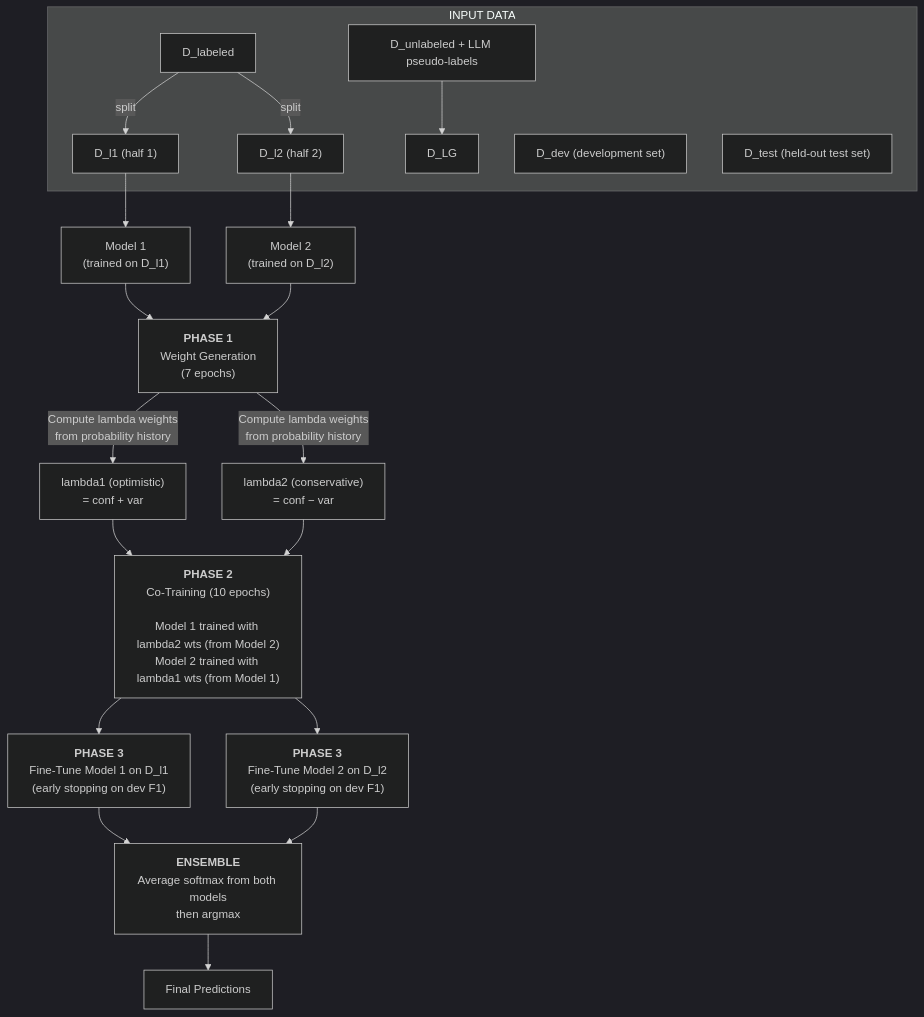
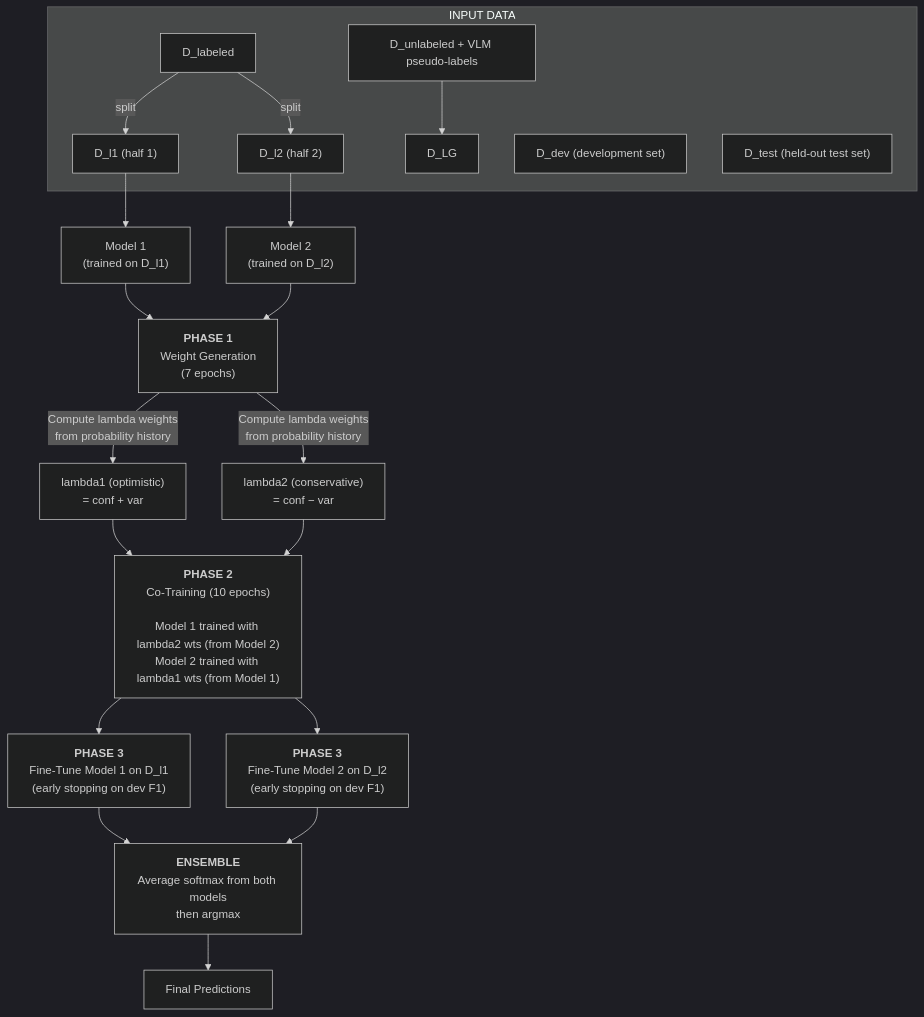
One commit to anhtranst/cotrain_crisisMMD changed the diagram in README.md. Above: the diagram before and after it, drawn with Mermaid (dark theme). The commit also changed other lines of this file, not shown here.

````diff
--- a/README.md
+++ b/README.md
@@ -56,30 +56,30 @@
 ```mermaid
 graph TD
     subgraph INPUT["INPUT DATA"]
         DL["D_labeled"] -->|split| DL1["D_l1 (half 1)"]
         DL -->|split| DL2["D_l2 (half 2)"]
-        DU["D_unlabeled + LLM pseudo-labels"] --> DLG["D_LG"]
+        DU["D_unlabeled + VLM pseudo-labels"] --> DLG["D_LG"]
         DDEV["D_dev (development set)"]
         DTEST["D_test (held-out test set)"]
     end
 
     DL1 --> M1["Model 1<br/>(trained on D_l1)"]
     DL2 --> M2["Model 2<br/>(trained on D_l2)"]
 
     M1 --> P1["<b>PHASE 1</b><br/>Weight Generation<br/>(7 epochs)"]
     M2 --> P1
 
     P1 -->|"Compute lambda weights<br/>from probability history"| L1["lambda1 (optimistic)<br/>= conf + var"]
     P1 -->|"Compute lambda weights<br/>from probability history"| L2["lambda2 (conservative)<br/>= conf − var"]
 
     L1 --> P2["<b>PHASE 2</b><br/>Co-Training (10 epochs)<br/><br/>Model 1 trained with lambda2 wts (from Model 2)<br/>Model 2 trained with lambda1 wts (from Model 1)"]
     L2 --> P2
 
     P2 --> P3A["<b>PHASE 3</b><br/>Fine-Tune Model 1 on D_l1<br/>(early stopping on dev F1)"]
     P2 --> P3B["<b>PHASE 3</b><br/>Fine-Tune Model 2 on D_l2<br/>(early stopping on dev F1)"]
 
     P3A --> ENS["<b>ENSEMBLE</b><br/>Average softmax from both models<br/>then argmax"]
     P3B --> ENS
 
     ENS --> PRED["Final Predictions"]
 ```
````
